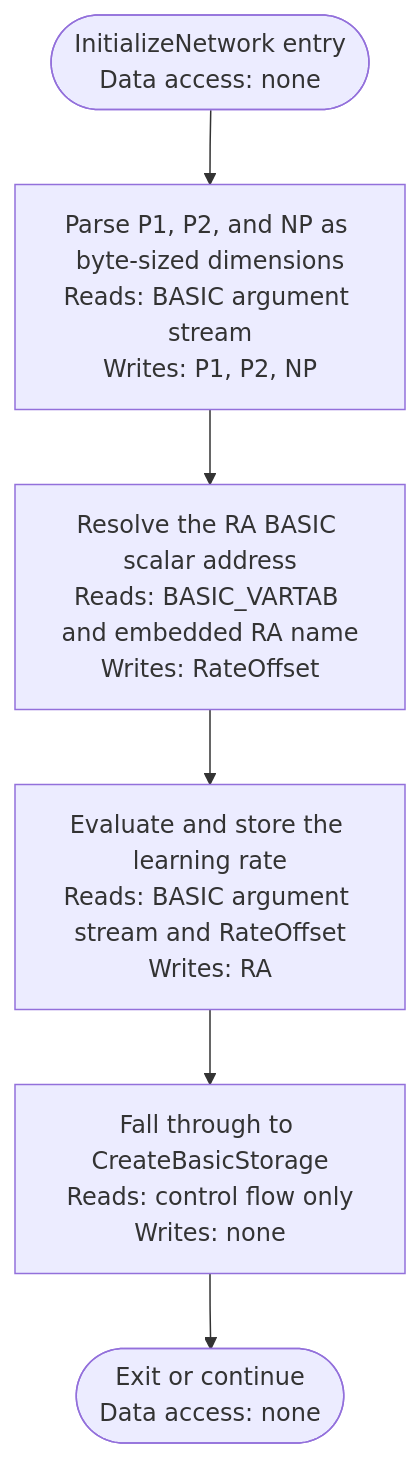
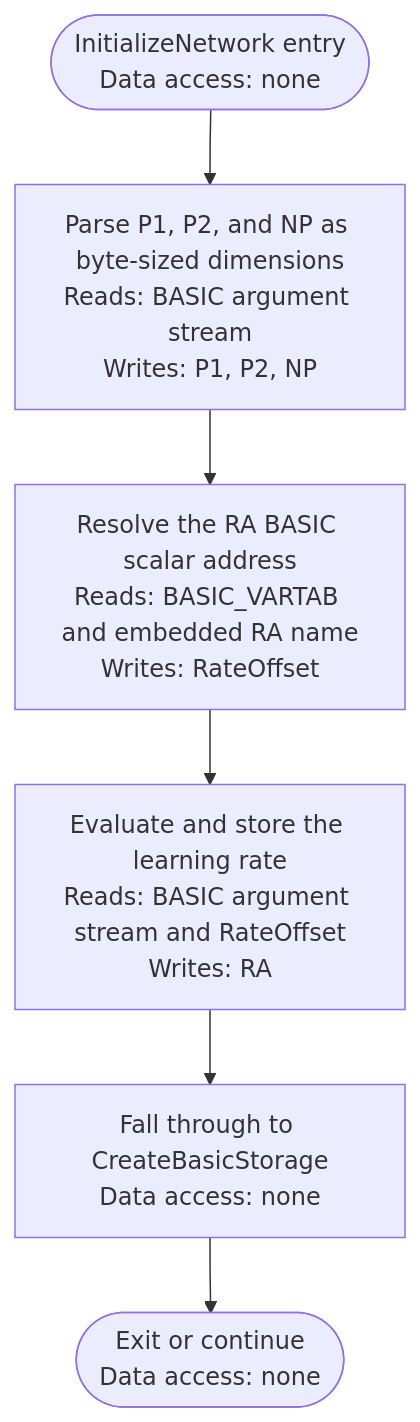
The tenth of 44 diagrams in docs/Diagrams/CL-ML-Activity-Diagrams.md (sharpninja/NeuralNetworks), drawn with Mermaid before and after one commit. The commit also changed other lines of this file and 10 other files, not shown here.

````diff
--- a/docs/Diagrams/CL-ML-Activity-Diagrams.md
+++ b/docs/Diagrams/CL-ML-Activity-Diagrams.md
@@ -255,8 +287,8 @@
 ```mermaid
 flowchart TD
     A(["InitializeNetwork entry<br/>Data access: none"]) --> B["Parse P1, P2, and NP as byte-sized dimensions<br/>Reads: BASIC argument stream<br/>Writes: P1, P2, NP"]
     B --> C["Resolve the RA BASIC scalar address<br/>Reads: BASIC_VARTAB and embedded RA name<br/>Writes: RateOffset"]
     C --> D["Evaluate and store the learning rate<br/>Reads: BASIC argument stream and RateOffset<br/>Writes: RA"]
-    D --> E["Fall through to CreateBasicStorage<br/>Reads: control flow only<br/>Writes: none"]
+    D --> E["Fall through to CreateBasicStorage<br/>Data access: none"]
     E --> Z(["Exit or continue<br/>Data access: none"])
 ```
````
